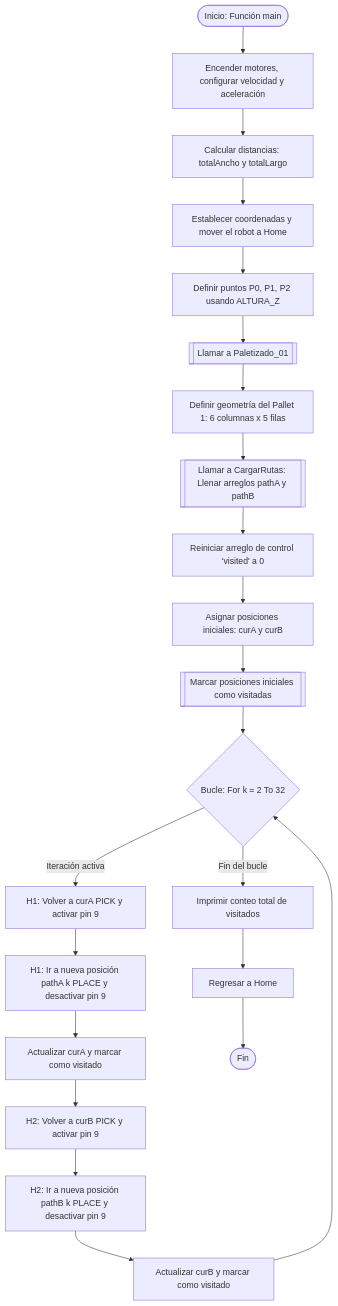
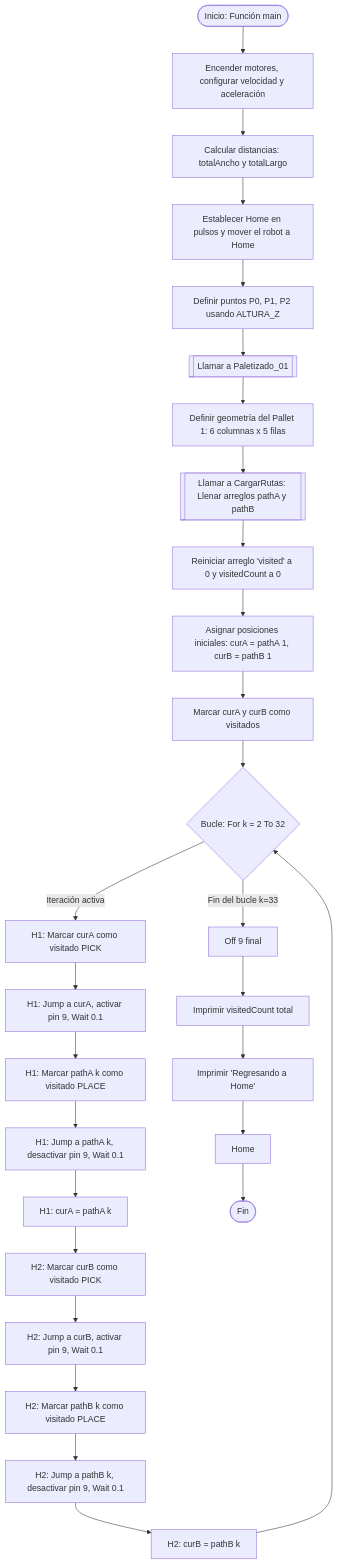
One commit to labsir-un/Robotica-2026-I-Equipo-2D-Cardenas-Pirateque-Suarez changed the diagram in Laboratorio No. 03 - Robótica Industrial EPSON T3 401S y EPSON RC+/README.MD. Above: the diagram before and after it, drawn with Mermaid. The commit also changed other lines of this file, not shown here.

````diff
--- a/Laboratorio No. 03 - Robótica Industrial EPSON T3 401S y EPSON RC+/README.MD
+++ b/Laboratorio No. 03 - Robótica Industrial EPSON T3 401S y EPSON RC+/README.MD
@@ -152,30 +154,36 @@
 ```mermaid
 graph TD
     A([Inicio: Función main]) --> B[Encender motores, configurar velocidad y aceleración]
     B --> C[Calcular distancias: totalAncho y totalLargo]
-    C --> D[Establecer coordenadas y mover el robot a Home]
+    C --> D[Establecer Home en pulsos y mover el robot a Home]
     D --> E[Definir puntos P0, P1, P2 usando ALTURA_Z]
     E --> F[[Llamar a Paletizado_01]]
 
     F --> G[Definir geometría del Pallet 1: 6 columnas x 5 filas]
     G --> H[[Llamar a CargarRutas: Llenar arreglos pathA y pathB]]
-    H --> I[Reiniciar arreglo de control 'visited' a 0]
-    I --> J[Asignar posiciones iniciales: curA y curB]
-    J --> K[[Marcar posiciones iniciales como visitadas]]
-    
+    H --> I[Reiniciar arreglo 'visited' a 0 y visitedCount a 0]
+    I --> J[Asignar posiciones iniciales: curA = pathA 1, curB = pathB 1]
+    J --> K[Marcar curA y curB como visitados]
+
     K --> L{Bucle: For k = 2 To 32}
-    
-    L -->|Iteración activa| M[H1: Volver a curA PICK y activar pin 9]
-    M --> N[H1: Ir a nueva posición pathA k PLACE y desactivar pin 9]
-    N --> O[Actualizar curA y marcar como visitado]
-    
-    O --> P[H2: Volver a curB PICK y activar pin 9]
-    P --> Q[H2: Ir a nueva posición pathB k PLACE y desactivar pin 9]
-    Q --> R[Actualizar curB y marcar como visitado]
-    
-    R --> L
-    
-    L -->|Fin del bucle| S[Imprimir conteo total de visitados]
-    S --> T[Regresar a Home]
-    T --> U([Fin])
+
+    L -->|Iteración activa| M1[H1: Marcar curA como visitado PICK]
+    M1 --> M2[H1: Jump a curA, activar pin 9, Wait 0.1]
+    M2 --> M3[H1: Marcar pathA k como visitado PLACE]
+    M3 --> M4[H1: Jump a pathA k, desactivar pin 9, Wait 0.1]
+    M4 --> M5[H1: curA = pathA k]
+
+    M5 --> N1[H2: Marcar curB como visitado PICK]
+    N1 --> N2[H2: Jump a curB, activar pin 9, Wait 0.1]
+    N2 --> N3[H2: Marcar pathB k como visitado PLACE]
+    N3 --> N4[H2: Jump a pathB k, desactivar pin 9, Wait 0.1]
+    N4 --> N5[H2: curB = pathB k]
+
+    N5 --> L
+
+    L -->|Fin del bucle k=33| S[Off 9 final]
+    S --> T[Imprimir visitedCount total]
+    T --> U[Imprimir 'Regresando a Home']
+    U --> V[Home]
+    V --> W([Fin])
 ```
````
